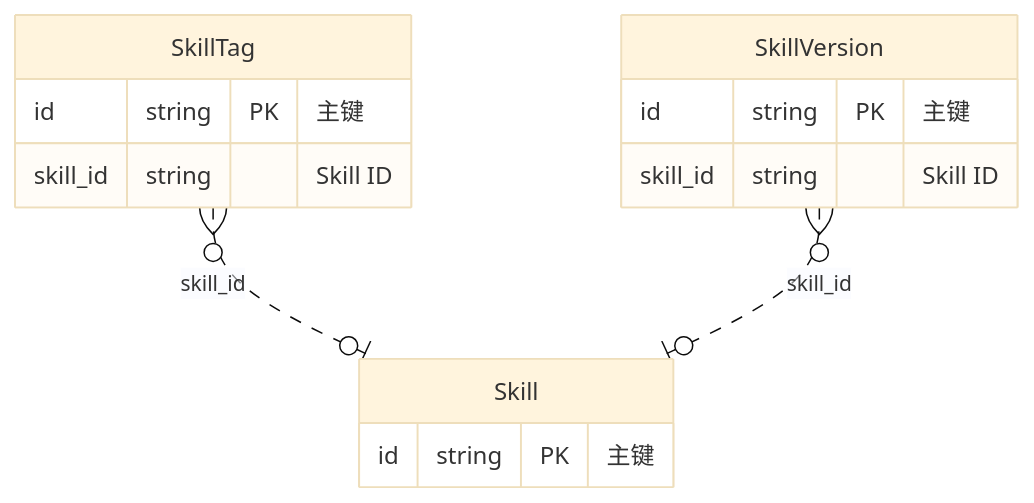
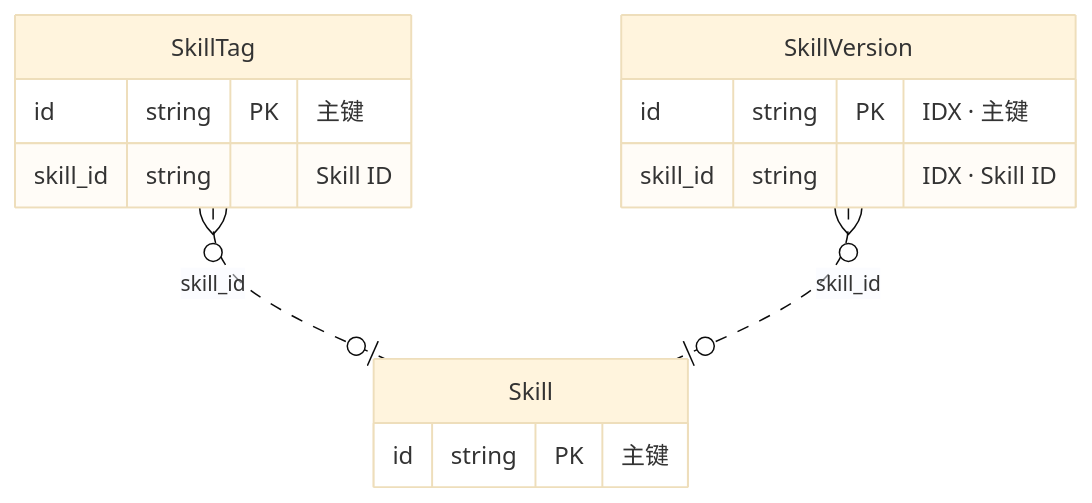
One commit to fino-apps/skillhub changed the diagram in docs/er.md. Above: the diagram before and after it, drawn with Mermaid (base theme). The commit also changed other lines of this file and 7 other files, not shown here.

````diff
--- a/docs/er.md
+++ b/docs/er.md
@@ -13,17 +13,17 @@
 ```mermaid
 erDiagram
     direction TB
     "skillhub.Skill"["Skill"] {
         id string PK "主键"
     }
     "skillhub.SkillTag"["SkillTag"] {
         id string PK "主键"
         skill_id string "Skill ID"
     }
     "skillhub.SkillVersion"["SkillVersion"] {
-        id string PK "主键"
-        skill_id string "Skill ID"
+        id string PK "IDX · 主键"
+        skill_id string "IDX · Skill ID"
     }
     "skillhub.SkillTag" }o..o| "skillhub.Skill" : "skill_id"
     "skillhub.SkillVersion" }o..o| "skillhub.Skill" : "skill_id"
 ```
````
